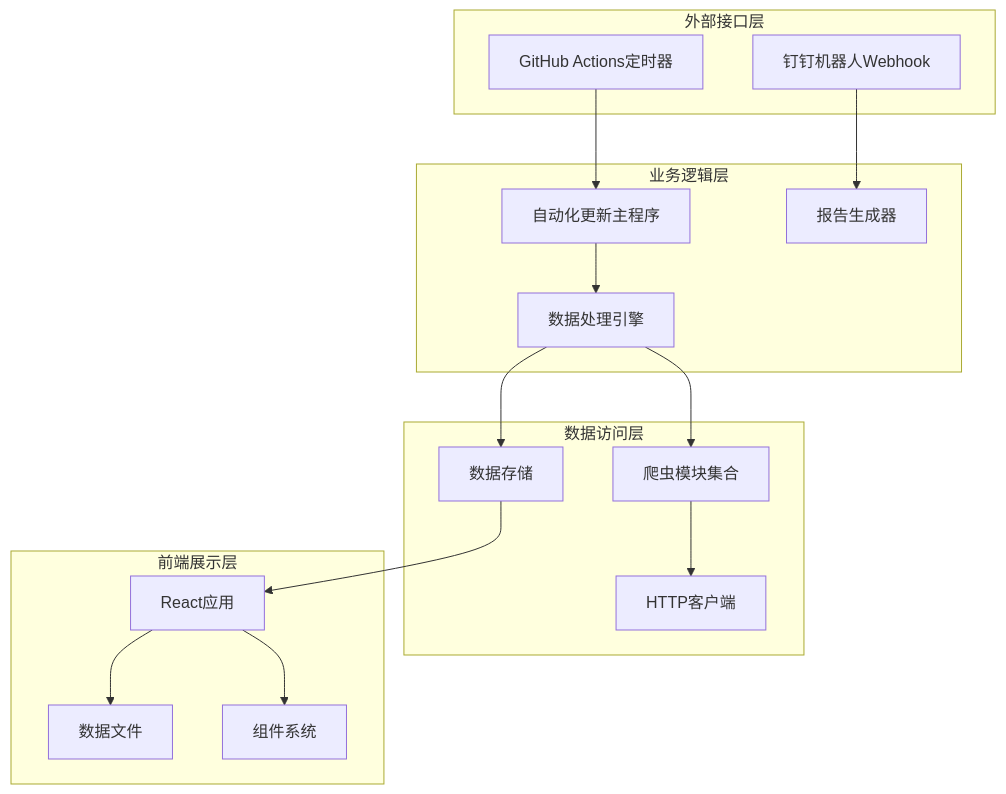
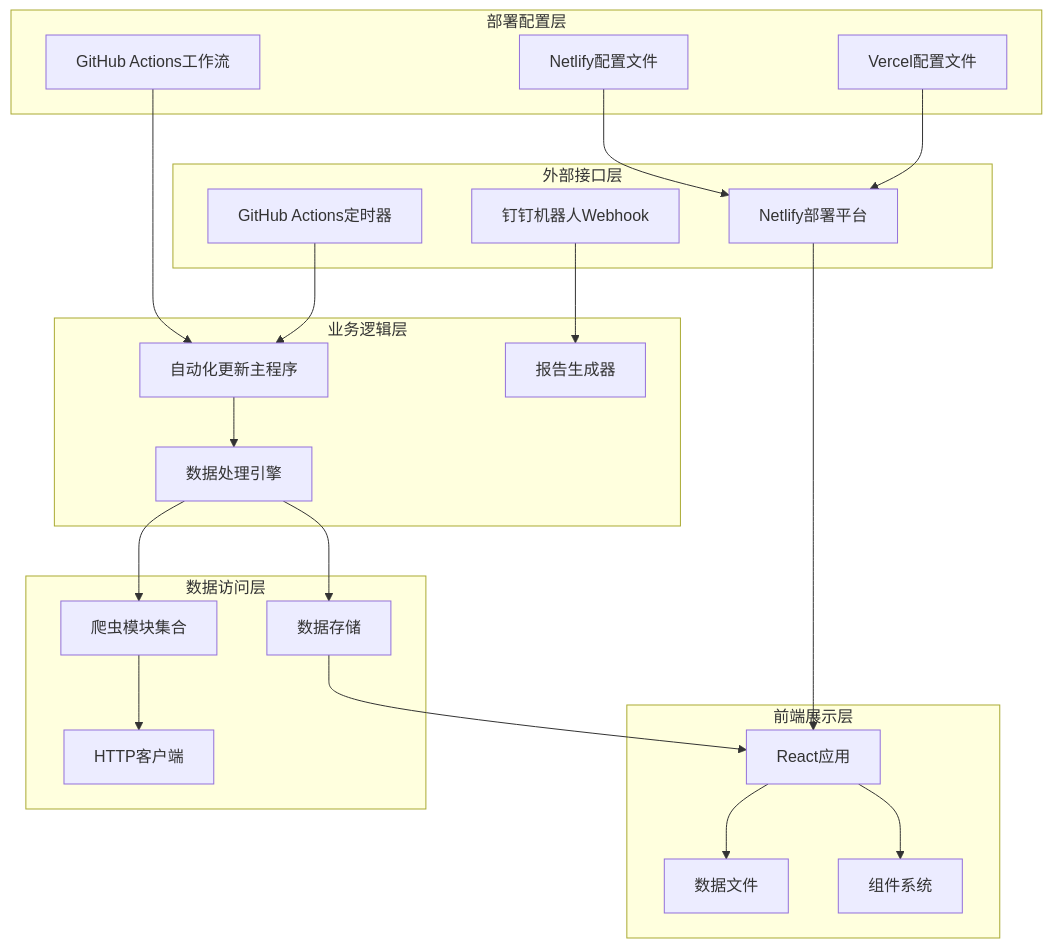
The fourth of 12 diagrams in .qoder/repowiki/zh/content/部署与维护/自动化每日报告系统.md (liangxuanliang-cmd/carbon-info-agent), drawn with Mermaid before and after one commit. The commit also changed other lines of this file and 4 other files, not shown here.

````diff
--- a/.qoder/repowiki/zh/content/部署与维护/自动化每日报告系统.md
+++ b/.qoder/repowiki/zh/content/部署与维护/自动化每日报告系统.md
@@ -203,31 +216,41 @@
 ```mermaid
 graph TB
 subgraph "外部接口层"
 A[GitHub Actions定时器]
 B[钉钉机器人Webhook]
+C[Netlify部署平台]
 end
 subgraph "业务逻辑层"
-C[自动化更新主程序]
-D[数据处理引擎]
-E[报告生成器]
+D[自动化更新主程序]
+E[数据处理引擎]
+F[报告生成器]
 end
 subgraph "数据访问层"
-F[爬虫模块集合]
-G[HTTP客户端]
-H[数据存储]
+G[爬虫模块集合]
+H[HTTP客户端]
+I[数据存储]
 end
 subgraph "前端展示层"
-I[React应用]
-J[数据文件]
-K[组件系统]
+J[React应用]
+K[数据文件]
+L[组件系统]
 end
-A --> C
-B --> E
-C --> D
-D --> F
-F --> G
-D --> H
-H --> I
+subgraph "部署配置层"
+M[GitHub Actions工作流]
+N[Netlify配置文件]
+O[Vercel配置文件]
+end
+A --> D
+B --> F
+C --> J
+D --> E
+E --> G
+G --> H
+E --> I
 I --> J
-I --> K
+J --> K
+J --> L
+M --> D
+N --> C
+O --> C
 ```
````
